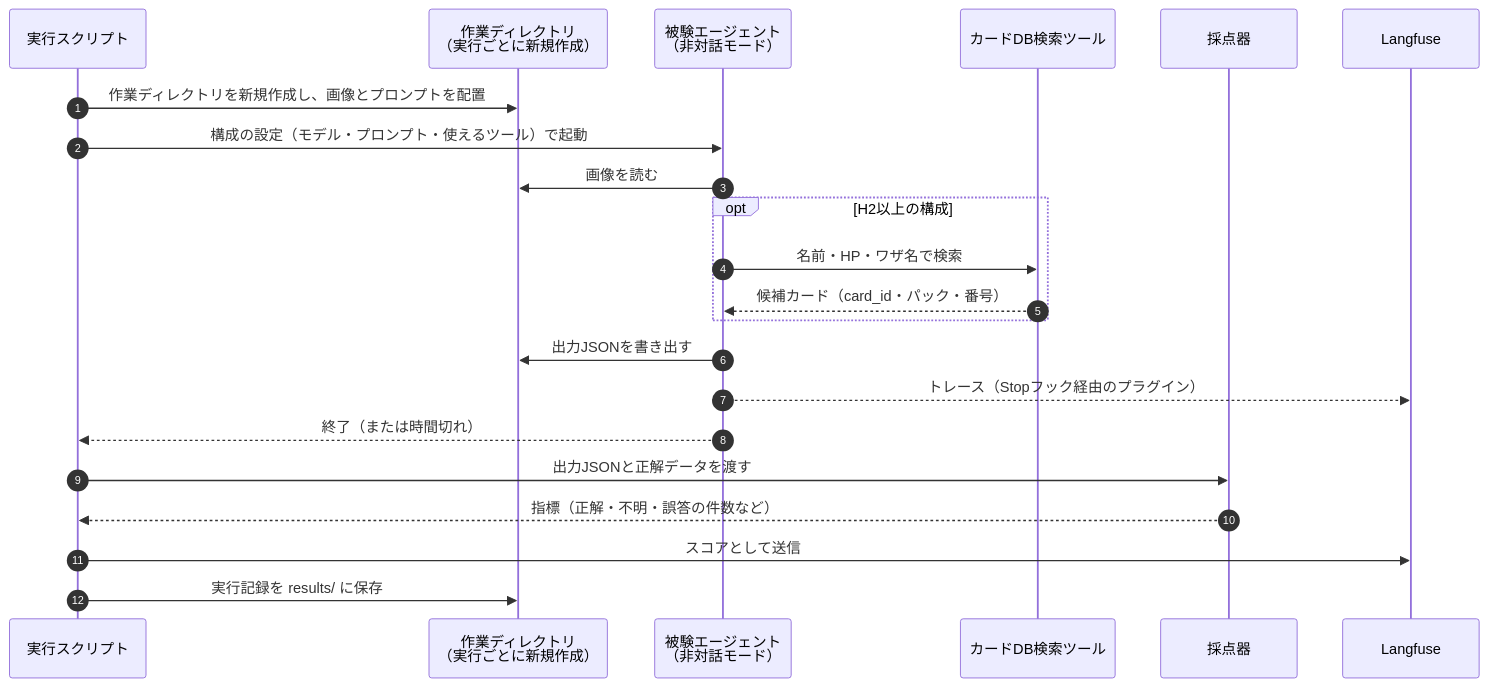
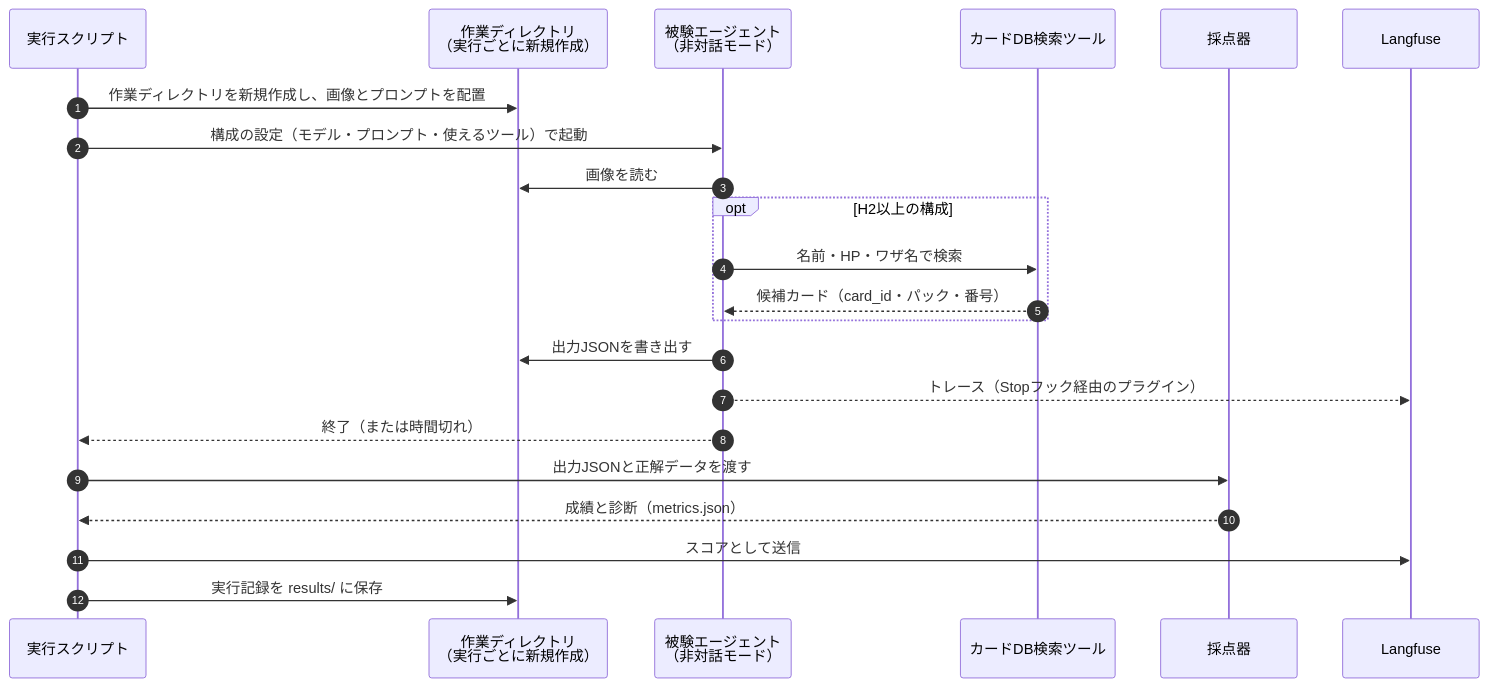
One commit to mgmaru/tcg-buylist-eval changed the fourth of 7 diagrams in docs/tcg-buylist-eval-design.md. Above: the diagram before and after it, drawn with Mermaid. The commit also changed other lines of this file and 1 other file, not shown here.

````diff
--- a/docs/tcg-buylist-eval-design.md
+++ b/docs/tcg-buylist-eval-design.md
@@ -244,25 +242,25 @@
 ```mermaid
 sequenceDiagram
     autonumber
     participant R as 実行スクリプト
     participant W as 作業ディレクトリ<br/>（実行ごとに新規作成）
     participant A as 被験エージェント<br/>（非対話モード）
     participant T as カードDB検索ツール
     participant G as 採点器
     participant L as Langfuse
 
     R->>W: 作業ディレクトリを新規作成し、画像とプロンプトを配置
     R->>A: 構成の設定（モデル・プロンプト・使えるツール）で起動
     A->>W: 画像を読む
     opt H2以上の構成
         A->>T: 名前・HP・ワザ名で検索
         T-->>A: 候補カード（card_id・パック・番号）
     end
     A->>W: 出力JSONを書き出す
     A-->>L: トレース（Stopフック経由のプラグイン）
     A-->>R: 終了（または時間切れ）
     R->>G: 出力JSONと正解データを渡す
-    G-->>R: 指標（正解・不明・誤答の件数など）
+    G-->>R: 成績と診断（metrics.json）
     R->>L: スコアとして送信
     R->>W: 実行記録を results/ に保存
 ```
````
